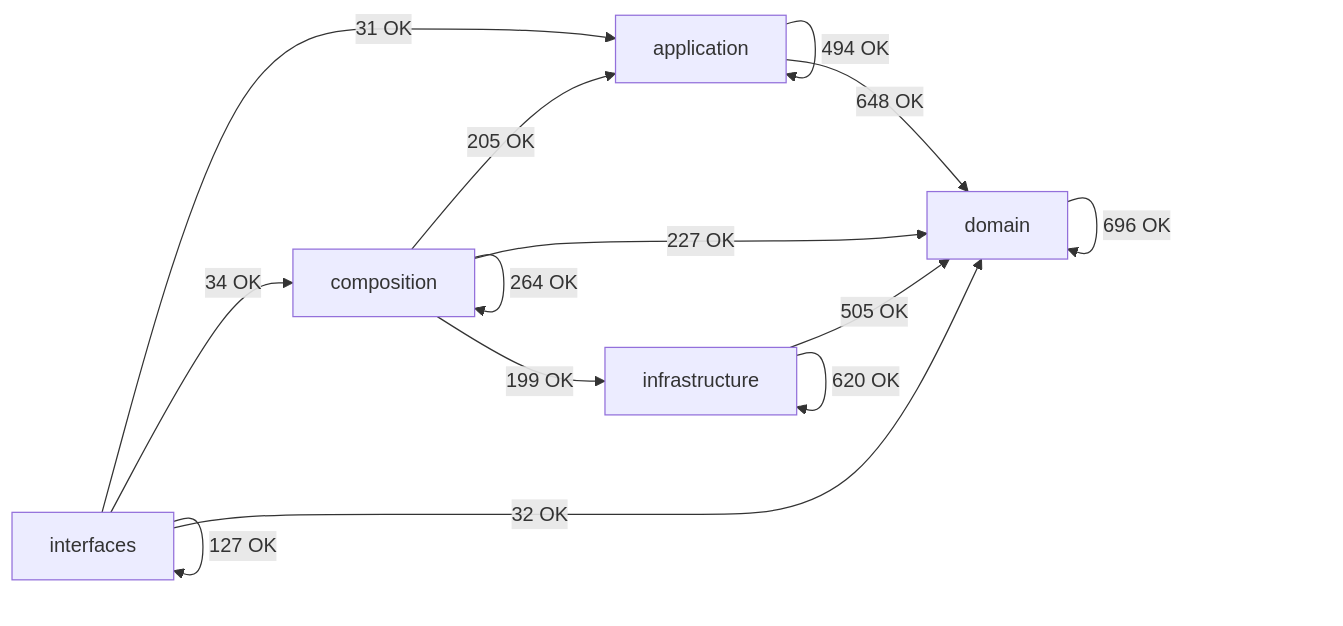
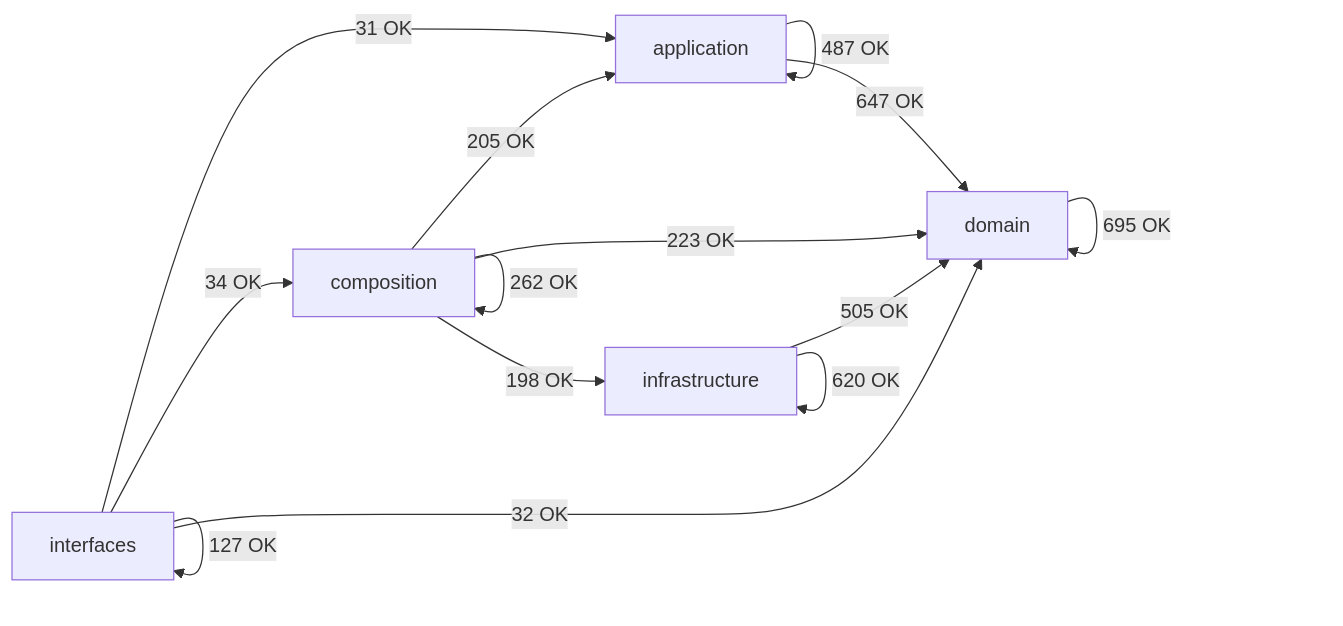
Before and after one commit to SatoryKono/BioactivityDataAcquisition: the diagram in docs/02-architecture/generated/module-dependency-map.md, drawn with Mermaid. The commit also changed other lines of this file and 62 other files, not shown here.

````diff
--- a/docs/02-architecture/generated/module-dependency-map.md
+++ b/docs/02-architecture/generated/module-dependency-map.md
@@ -16,21 +16,21 @@
 ```mermaid
 flowchart LR
     domain[domain]
     application[application]
     infrastructure[infrastructure]
     composition[composition]
     interfaces[interfaces]
-    application -->|494 OK| application
-    application -->|648 OK| domain
+    application -->|487 OK| application
+    application -->|647 OK| domain
     composition -->|205 OK| application
-    composition -->|264 OK| composition
-    composition -->|227 OK| domain
-    composition -->|199 OK| infrastructure
-    domain -->|696 OK| domain
+    composition -->|262 OK| composition
+    composition -->|223 OK| domain
+    composition -->|198 OK| infrastructure
+    domain -->|695 OK| domain
     infrastructure -->|505 OK| domain
     infrastructure -->|620 OK| infrastructure
     interfaces -->|31 OK| application
     interfaces -->|34 OK| composition
     interfaces -->|32 OK| domain
     interfaces -->|127 OK| interfaces
 ```
````
